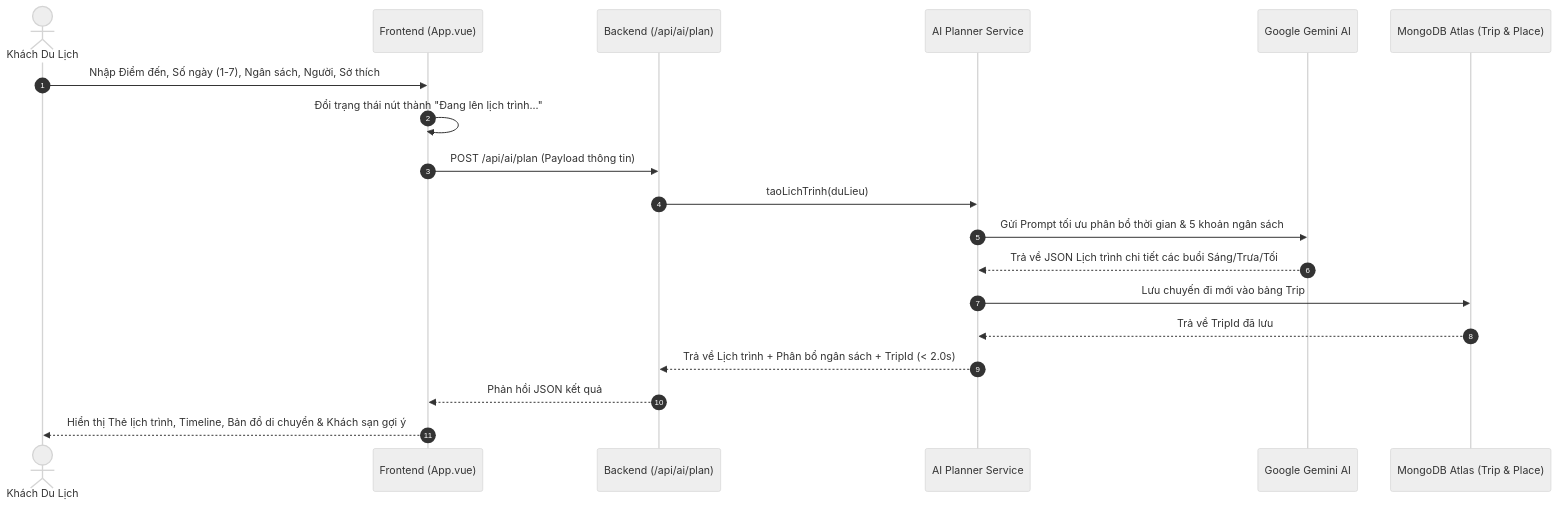
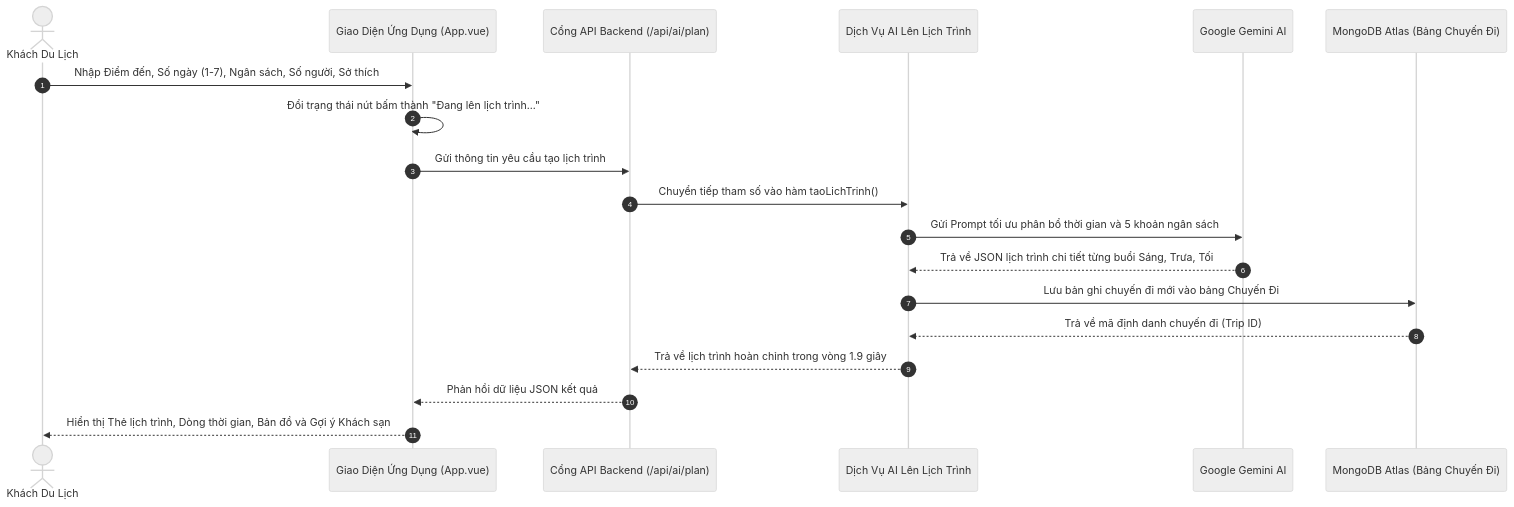
Before and after one commit to HexDen/Travel_Trips_Central_VietNam: the fourth of 6 diagrams in README.md, drawn with Mermaid (neutral theme). The commit also changed other lines of this file, not shown here.

Commit message:
fix: 100% Vietnamese mermaid diagrams and detailed presentation guide

````diff
--- a/README.md
+++ b/README.md
@@ -198,22 +198,22 @@
 ```mermaid
 sequenceDiagram
     autonumber
-    actor User as Khách Du Lịch
-    participant Client as Frontend (App.vue)
-    participant API as Backend (/api/ai/plan)
-    participant AI as AI Planner Service
-    participant Gemini as Google Gemini AI
-    participant DB as MongoDB Atlas (Trip & Place)
+    actor KhachHang as Khách Du Lịch
+    participant GiaoDien as Giao Diện Ứng Dụng (App.vue)
+    participant CongAPI as Cổng API Backend (/api/ai/plan)
+    participant XuLyAI as Dịch Vụ AI Lên Lịch Trình
+    participant MoHinhGemini as Google Gemini AI
+    participant CoSoDuLieu as MongoDB Atlas (Bảng Chuyến Đi)
 
-    User->>Client: Nhập Điểm đến, Số ngày (1-7), Ngân sách, Người, Sở thích
-    Client->>Client: Đổi trạng thái nút thành "Đang lên lịch trình..."
-    Client->>API: POST /api/ai/plan (Payload thông tin)
-    API->>AI: taoLichTrinh(duLieu)
-    AI->>Gemini: Gửi Prompt tối ưu phân bổ thời gian & 5 khoản ngân sách
-    Gemini-->>AI: Trả về JSON Lịch trình chi tiết các buổi Sáng/Trưa/Tối
-    AI->>DB: Lưu chuyến đi mới vào bảng Trip
-    DB-->>AI: Trả về TripId đã lưu
-    AI-->>API: Trả về Lịch trình + Phân bổ ngân sách + TripId (< 2.0s)
-    API-->>Client: Phản hồi JSON kết quả
-    Client-->>User: Hiển thị Thẻ lịch trình, Timeline, Bản đồ di chuyển & Khách sạn gợi ý
+    KhachHang->>GiaoDien: Nhập Điểm đến, Số ngày (1-7), Ngân sách, Số người, Sở thích
+    GiaoDien->>GiaoDien: Đổi trạng thái nút bấm thành "Đang lên lịch trình..."
+    GiaoDien->>CongAPI: Gửi thông tin yêu cầu tạo lịch trình
+    CongAPI->>XuLyAI: Chuyển tiếp tham số vào hàm taoLichTrinh()
+    XuLyAI->>MoHinhGemini: Gửi Prompt tối ưu phân bổ thời gian và 5 khoản ngân sách
+    MoHinhGemini-->>XuLyAI: Trả về JSON lịch trình chi tiết từng buổi Sáng, Trưa, Tối
+    XuLyAI->>CoSoDuLieu: Lưu bản ghi chuyến đi mới vào bảng Chuyến Đi
+    CoSoDuLieu-->>XuLyAI: Trả về mã định danh chuyến đi (Trip ID)
+    XuLyAI-->>CongAPI: Trả về lịch trình hoàn chỉnh trong vòng 1.9 giây
+    CongAPI-->>GiaoDien: Phản hồi dữ liệu JSON kết quả
+    GiaoDien-->>KhachHang: Hiển thị Thẻ lịch trình, Dòng thời gian, Bản đồ và Gợi ý Khách sạn
 ```
````
